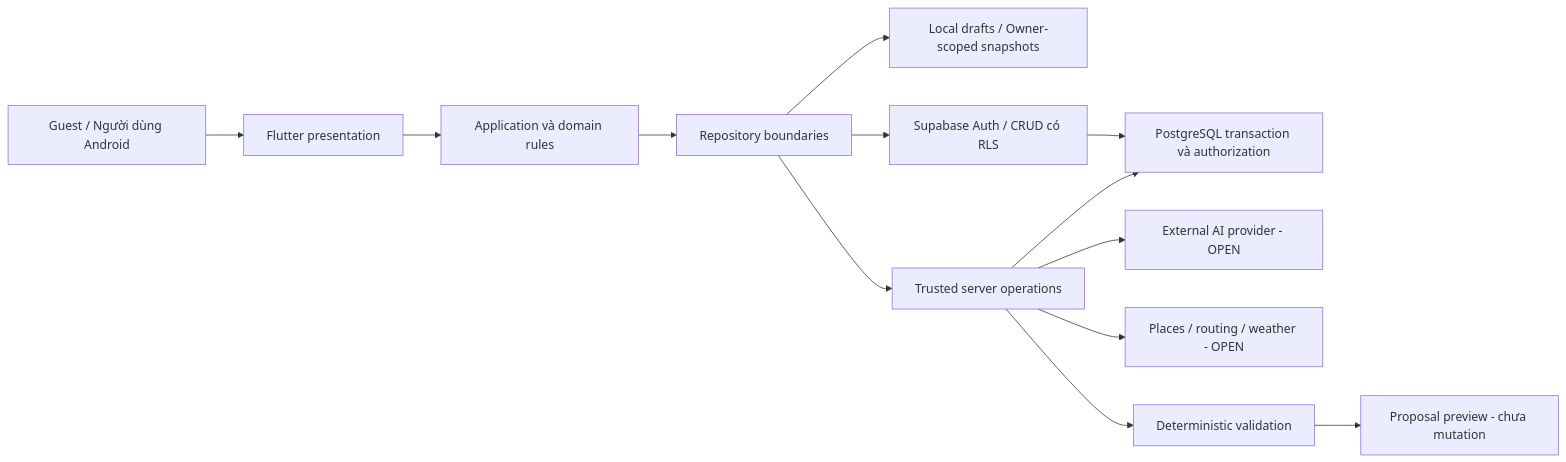
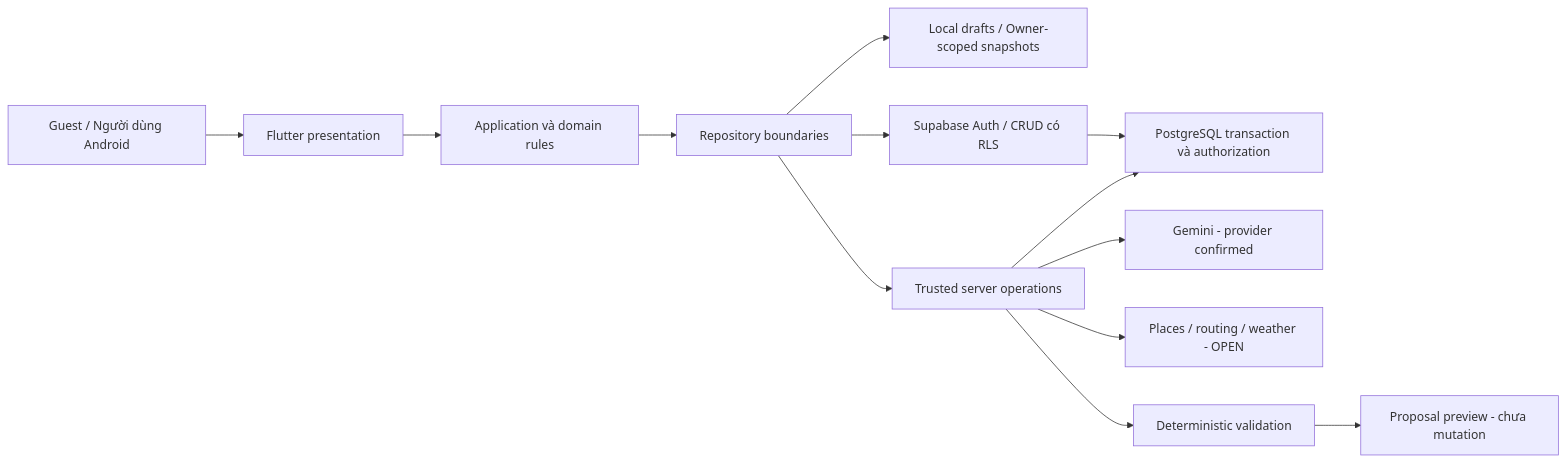
Before and after one commit to plhhoang2005/travel-go-mobile: the diagram in docs/phase-1/ARCHITECTURE.md, drawn with Mermaid. The commit also changed other lines of this file and 11 other files, not shown here.

````diff
--- a/docs/phase-1/ARCHITECTURE.md
+++ b/docs/phase-1/ARCHITECTURE.md
@@ -15,15 +16,15 @@
 ```mermaid
 flowchart LR
   G[Guest / Người dùng Android] --> F[Flutter presentation]
   F --> A[Application và domain rules]
   A --> R[Repository boundaries]
   R --> L[Local drafts / Owner-scoped snapshots]
   R --> S[Supabase Auth / CRUD có RLS]
   R --> E[Trusted server operations]
   E --> D[PostgreSQL transaction và authorization]
-  E --> AI[External AI provider - OPEN]
+  E --> AI[Gemini - provider confirmed]
   E --> X[Places / routing / weather - OPEN]
   S --> D
   E --> V[Deterministic validation]
   V --> P[Proposal preview - chưa mutation]
 ```
````
